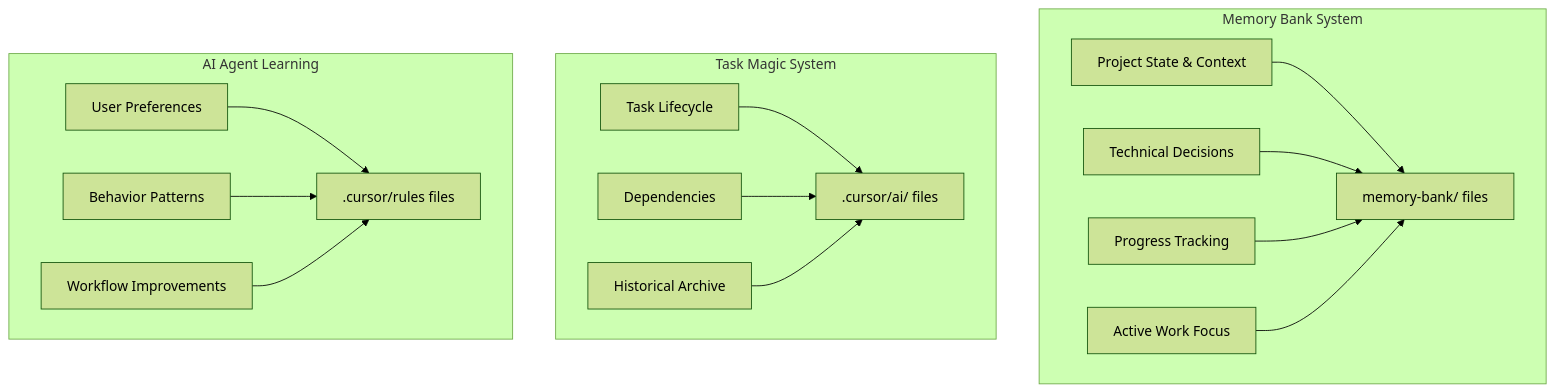
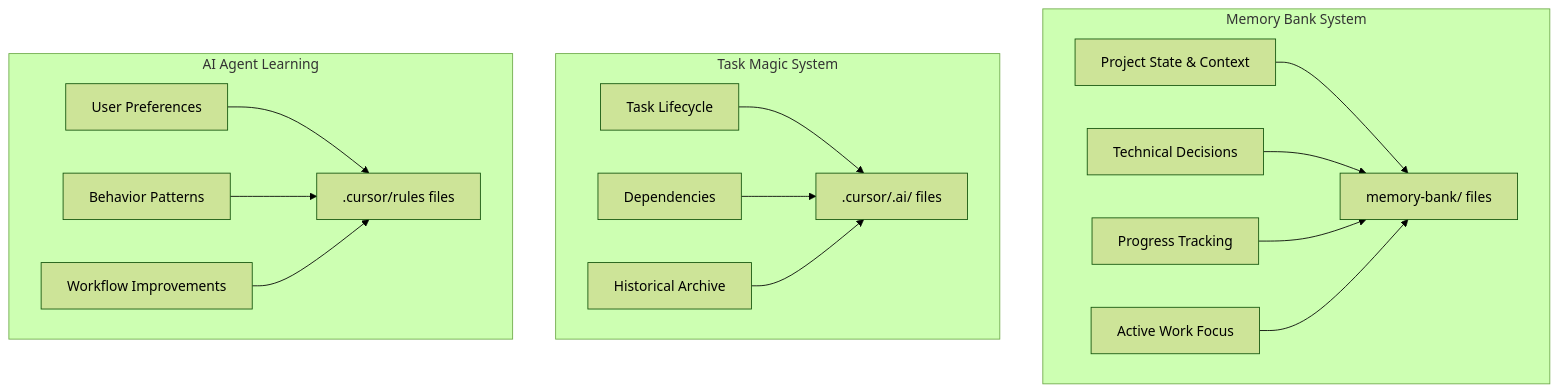
One commit to louisfghbvc/coverity-agent changed diagram 17 of 18 in .cursor/rules/unified-workflow.md. Above: the diagram before and after it, drawn with Mermaid (forest theme). The commit also changed other lines of this file and 10 other files, not shown here.

````diff
--- a/.cursor/rules/unified-workflow.md
+++ b/.cursor/rules/unified-workflow.md
@@ -476,34 +476,34 @@
 ```mermaid
 graph TD
     subgraph "Memory Bank System"
         MB_P[Project State & Context]
         MB_T[Technical Decisions]
         MB_PR[Progress Tracking]
         MB_A[Active Work Focus]
         
         MB_P --> MB_Files[memory-bank/ files]
         MB_T --> MB_Files
         MB_PR --> MB_Files
         MB_A --> MB_Files
     end
     
     subgraph "Task Magic System"
         TM_L[Task Lifecycle]
         TM_D[Dependencies]
         TM_H[Historical Archive]
         
-        TM_L --> TM_Files[.cursor/ai/ files]
+        TM_L --> TM_Files[.cursor/.ai/ files]
         TM_D --> TM_Files
         TM_H --> TM_Files
     end
     
     subgraph "AI Agent Learning"
         AI_P[User Preferences]
         AI_B[Behavior Patterns]
         AI_W[Workflow Improvements]
         
         AI_P --> Rules_Files[.cursor/rules files]
         AI_B --> Rules_Files
         AI_W --> Rules_Files
     end
 ```
````
